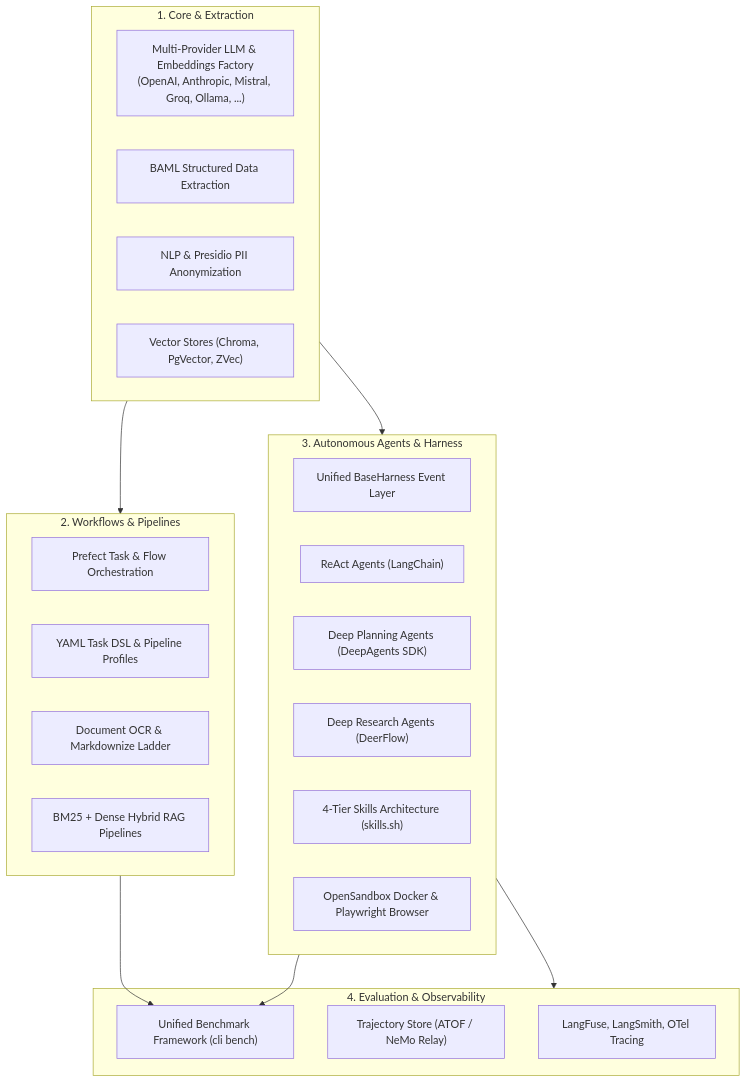
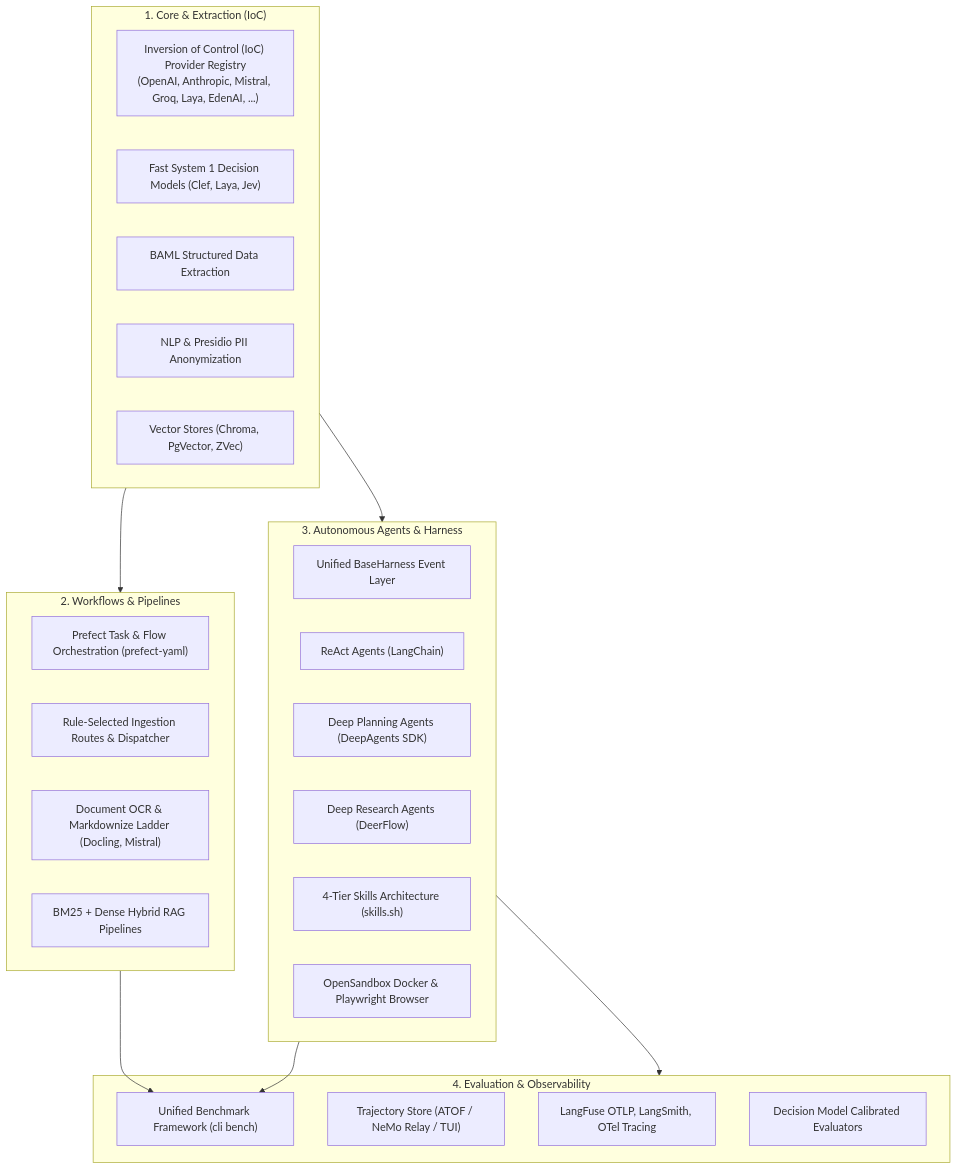
One commit to tclatos/genai-tk changed the diagram in README.md. Above: the diagram before and after it, drawn with Mermaid. The commit also changed other lines of this file and 37 other files, not shown here.

````diff
--- a/README.md
+++ b/README.md
@@ -13,37 +13,39 @@
 ```mermaid
 flowchart TD
-    subgraph Core["1. Core & Extraction"]
-        LLM["Multi-Provider LLM & Embeddings Factory<br/>(OpenAI, Anthropic, Mistral, Groq, Ollama, ...)"]
+    subgraph Core["1. Core & Extraction (IoC)"]
+        LLM["Inversion of Control (IoC) Provider Registry<br/>(OpenAI, Anthropic, Mistral, Groq, Laya, EdenAI, ...)"]
+        DECIDE["Fast System 1 Decision Models (Clef, Laya, Jev)"]
         BAML["BAML Structured Data Extraction"]
         NLP["NLP & Presidio PII Anonymization"]
         VEC["Vector Stores (Chroma, PgVector, ZVec)"]
     end
 
     subgraph Orchestration["2. Workflows & Pipelines"]
-        PREF["Prefect Task & Flow Orchestration"]
-        DSL["YAML Task DSL & Pipeline Profiles"]
-        DOC["Document OCR & Markdownize Ladder"]
+        PREF["Prefect Task & Flow Orchestration (prefect-yaml)"]
+        DSL["Rule-Selected Ingestion Routes & Dispatcher"]
+        DOC["Document OCR & Markdownize Ladder (Docling, Mistral)"]
         RAG["BM25 + Dense Hybrid RAG Pipelines"]
     end
 
     subgraph Agentic["3. Autonomous Agents & Harness"]
         HARNESS["Unified BaseHarness Event Layer"]
         REACT["ReAct Agents (LangChain)"]
         DEEP["Deep Planning Agents (DeepAgents SDK)"]
         DEER["Deep Research Agents (DeerFlow)"]
         SKILLS["4-Tier Skills Architecture (skills.sh)"]
         SANDBOX["OpenSandbox Docker & Playwright Browser"]
     end
 
     subgraph Observability["4. Evaluation & Observability"]
         BENCH["Unified Benchmark Framework (cli bench)"]
-        TRAJ["Trajectory Store (ATOF / NeMo Relay)"]
-        MON["LangFuse, LangSmith, OTel Tracing"]
+        TRAJ["Trajectory Store (ATOF / NeMo Relay / TUI)"]
+        MON["LangFuse OTLP, LangSmith, OTel Tracing"]
+        EVALS["Decision Model Calibrated Evaluators"]
     end
 
     Core --> Orchestration
     Core --> Agentic
     Orchestration --> BENCH
     Agentic --> BENCH
     Agentic --> Observability
 ```
````
